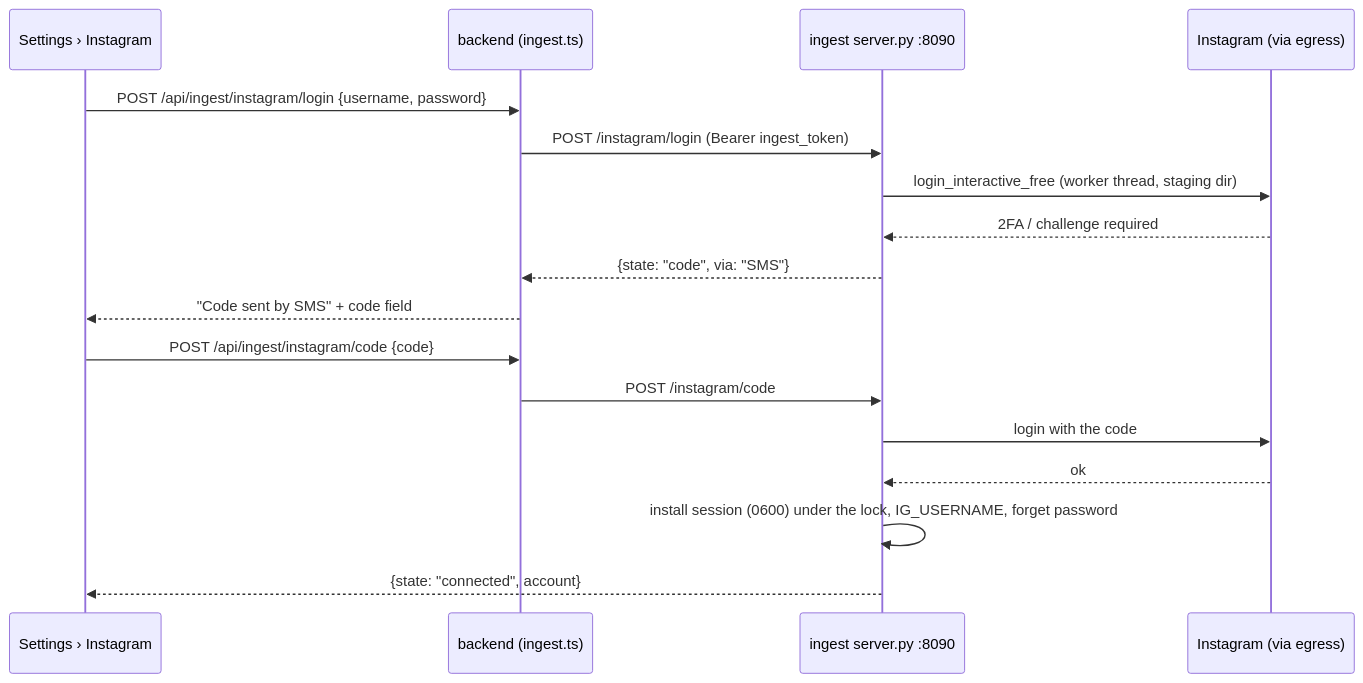
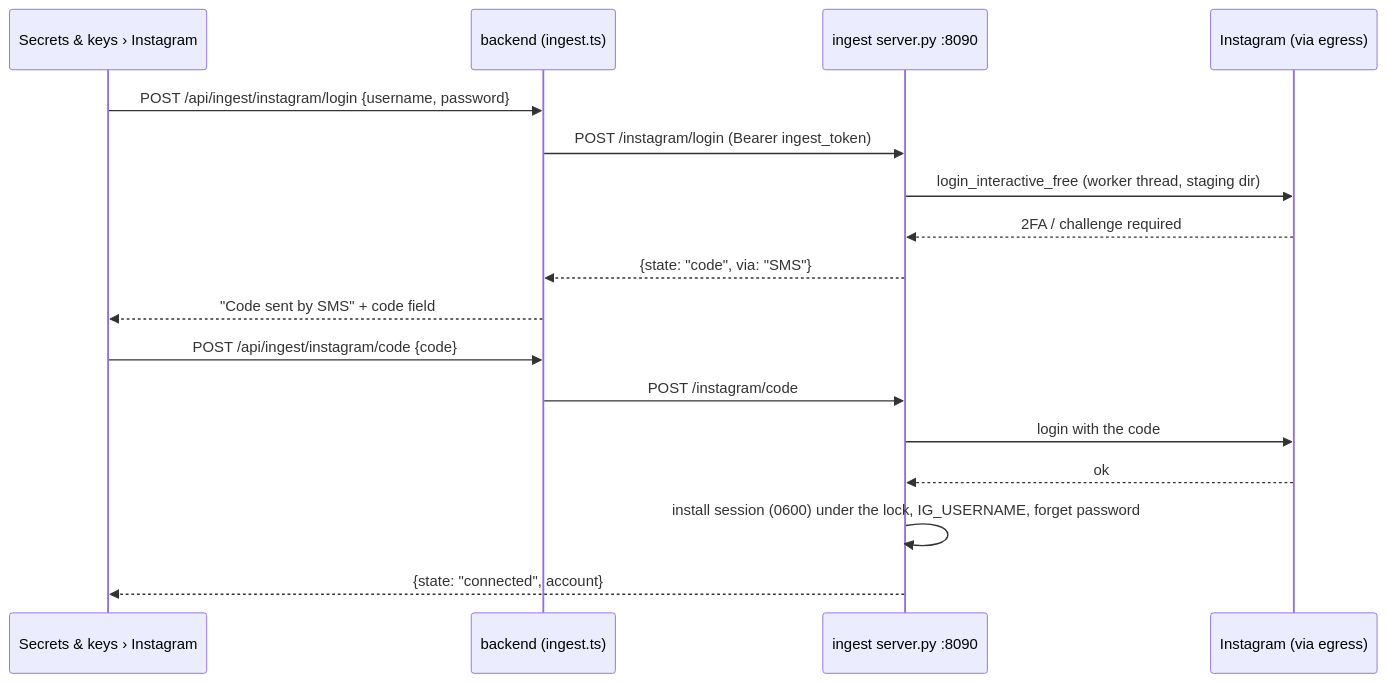
Diagram 11 of 24 in specs/system/architecture.md (tillg/karpathy.app), drawn with Mermaid before and after one commit. The commit also changed other lines of this file and 5 other files, not shown here.

First line of the commit message:
Admin mode: settings, vaults, secrets, AI, usage and server state as a mode of their own

````diff
--- a/specs/system/architecture.md
+++ b/specs/system/architecture.md
@@ -757,19 +765,19 @@
 ```mermaid
 sequenceDiagram
-  participant U as Settings › Instagram
+  participant U as Secrets & keys › Instagram
   participant B as backend (ingest.ts)
   participant S as ingest server.py :8090
   participant IG as Instagram (via egress)
   U->>B: POST /api/ingest/instagram/login {username, password}
   B->>S: POST /instagram/login (Bearer ingest_token)
   S->>IG: login_interactive_free (worker thread, staging dir)
   IG-->>S: 2FA / challenge required
   S-->>B: {state: "code", via: "SMS"}
   B-->>U: "Code sent by SMS" + code field
   U->>B: POST /api/ingest/instagram/code {code}
   B->>S: POST /instagram/code
   S->>IG: login with the code
   IG-->>S: ok
   S->>S: install session (0600) under the lock, IG_USERNAME, forget password
   S-->>U: {state: "connected", account}
 ```
````
